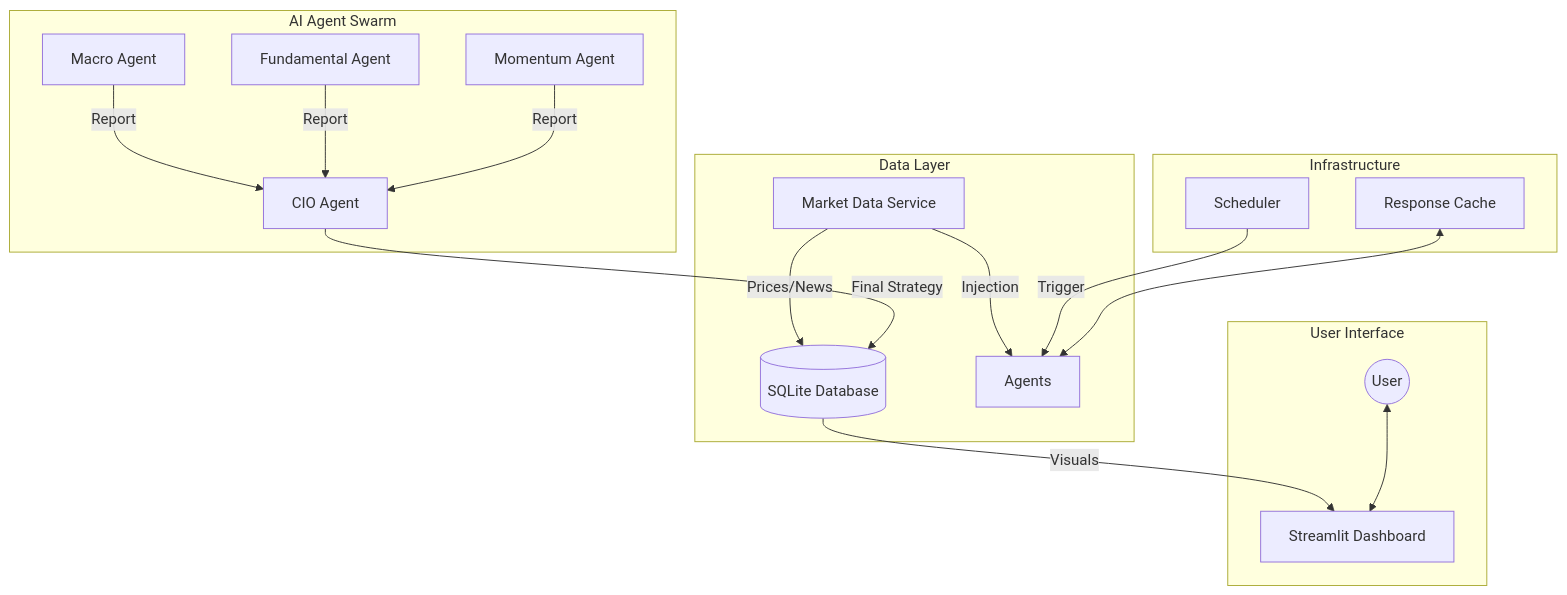
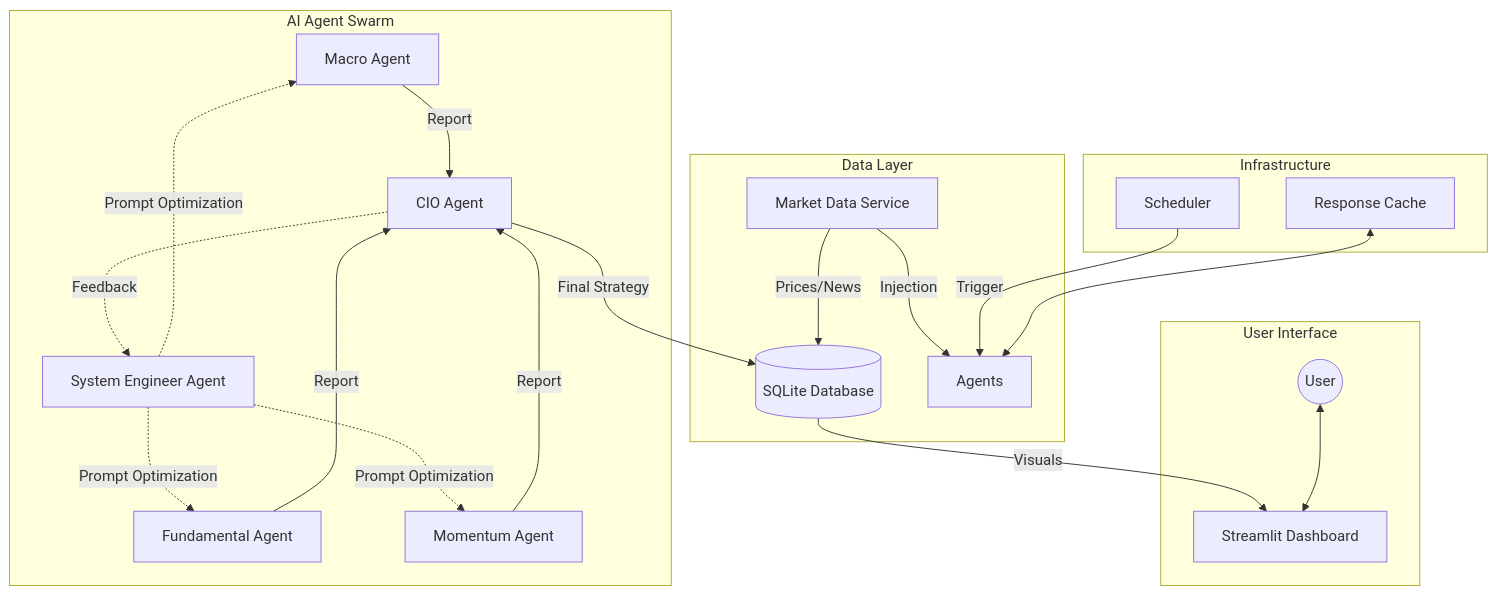
One commit to neohsiung/AI-Investment-Advisor changed the diagram in README.md. Above: the diagram before and after it, drawn with Mermaid. The commit also changed other lines of this file and 46 other files, not shown here.

First line of the commit message:
feat(agent): 新增 System Engineer Agent 與動態排程機制

````diff
--- a/README.md
+++ b/README.md
@@ -25,28 +25,33 @@
 ```mermaid
 graph TD
     subgraph Data Layer
         MD[Market Data Service] -->|Prices/News| DB[(SQLite Database)]
         MD -->|Injection| Agents
     end
 
     subgraph AI Agent Swarm
         MA[Macro Agent]
         FA[Fundamental Agent]
         MO[Momentum Agent]
         
         MA -->|Report| CIO[CIO Agent]
         FA -->|Report| CIO
         MO -->|Report| CIO
+        
+        CIO -.->|Feedback| SEA[System Engineer Agent]
+        SEA -.->|Prompt Optimization| MA
+        SEA -.->|Prompt Optimization| FA
+        SEA -.->|Prompt Optimization| MO
     end
 
     subgraph User Interface
         CIO -->|Final Strategy| DB
         DB -->|Visuals| DASH[Streamlit Dashboard]
         User((User)) <--> DASH
     end
 
     subgraph Infrastructure
         SCH[Scheduler] -->|Trigger| Agents
         CACHE[Response Cache] <--> Agents
     end
 ```
````
